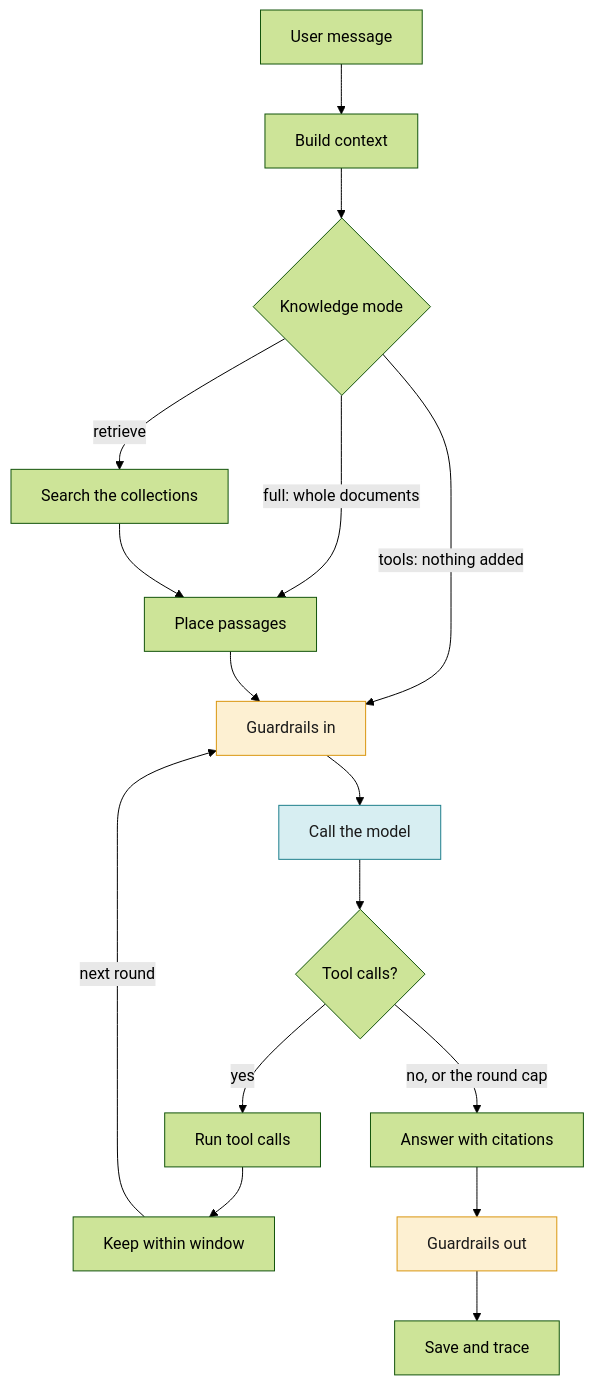
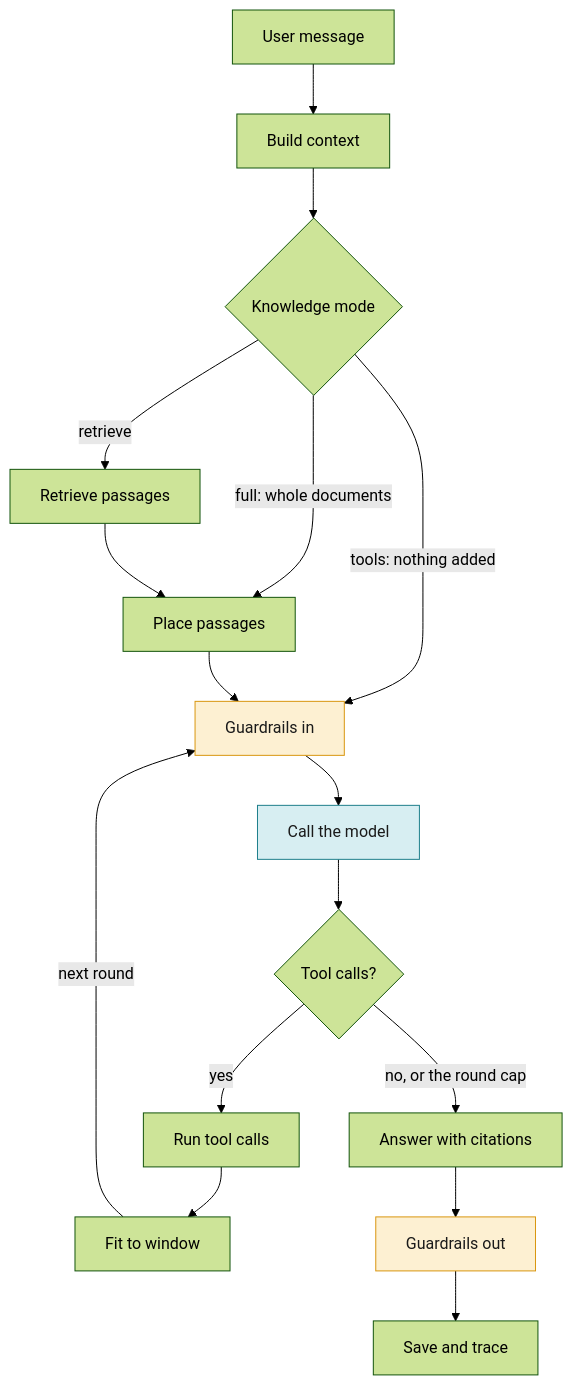
One commit to cdmx-in/kera changed the first of 2 diagrams in README.md. Above: the diagram before and after it, drawn with Mermaid (forest theme). The commit also changed 2 other files, not shown here.

Commit message:
docs: name the retrieve and window boxes the same everywhere
The flow called step 4 "Search the collections" while the Help page and the
new diagram call it "Retrieve passages", and step 9 "Keep within window"
while the loop calls the same thing "Fit to window". Use one name for each in
the Help data, the README and the how-it-answers page.

````diff
--- a/README.md
+++ b/README.md
@@ -234,22 +234,22 @@
 ```mermaid
 flowchart TD
     ask["User message"] --> context["Build context"]
     context --> mode{"Knowledge mode"}
-    mode -->|"retrieve"| retrieve["Search the collections"]
+    mode -->|"retrieve"| retrieve["Retrieve passages"]
     mode -->|"full: whole documents"| place["Place passages"]
     mode -->|"tools: nothing added"| guardIn["Guardrails in"]
     retrieve --> place
     place --> guardIn
     guardIn --> model["Call the model"]
     model --> calls{"Tool calls?"}
     calls -->|"yes"| tools["Run tool calls"]
-    tools --> window["Keep within window"]
+    tools --> window["Fit to window"]
     window -->|"next round"| guardIn
     calls -->|"no, or the round cap"| answer["Answer with citations"]
     answer --> guardOut["Guardrails out"]
     guardOut --> save["Save and trace"]
     classDef guard fill:#fdf0d2,stroke:#d9960f,color:#1a1a1a
     classDef llm fill:#d7eef2,stroke:#1e7f8c,color:#1a1a1a
     class guardIn,guardOut guard
     class model llm
 ```
````
